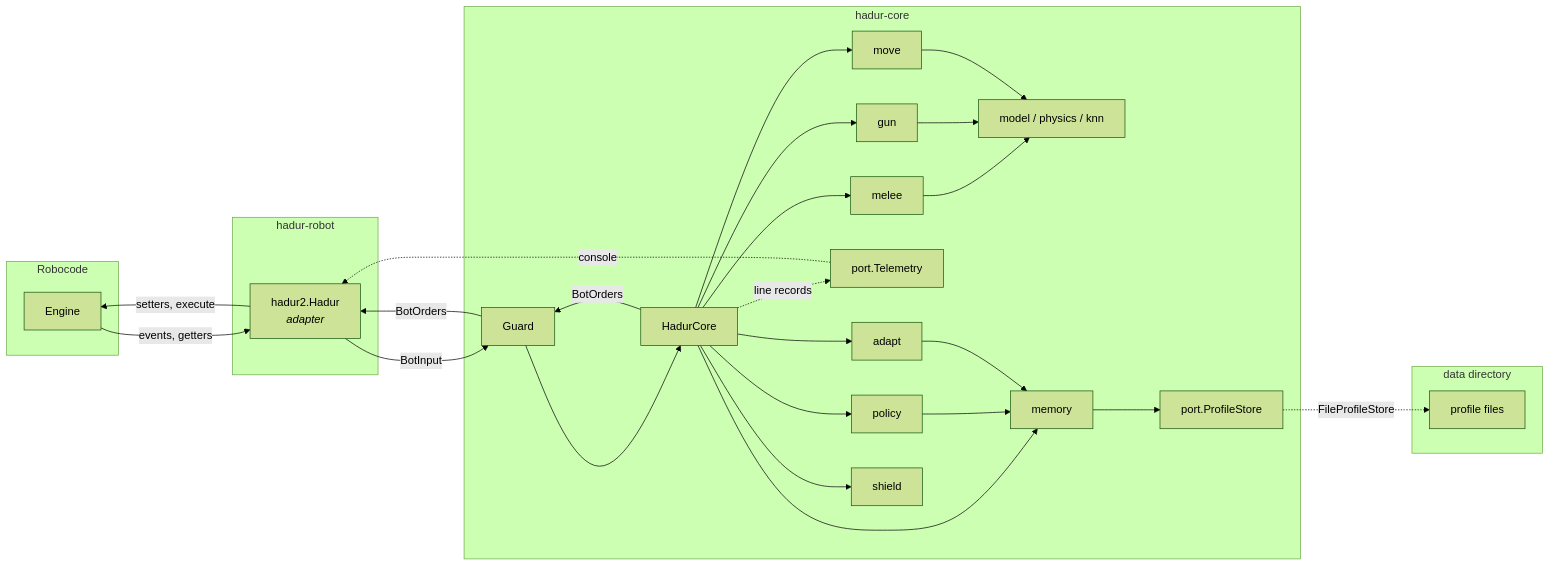
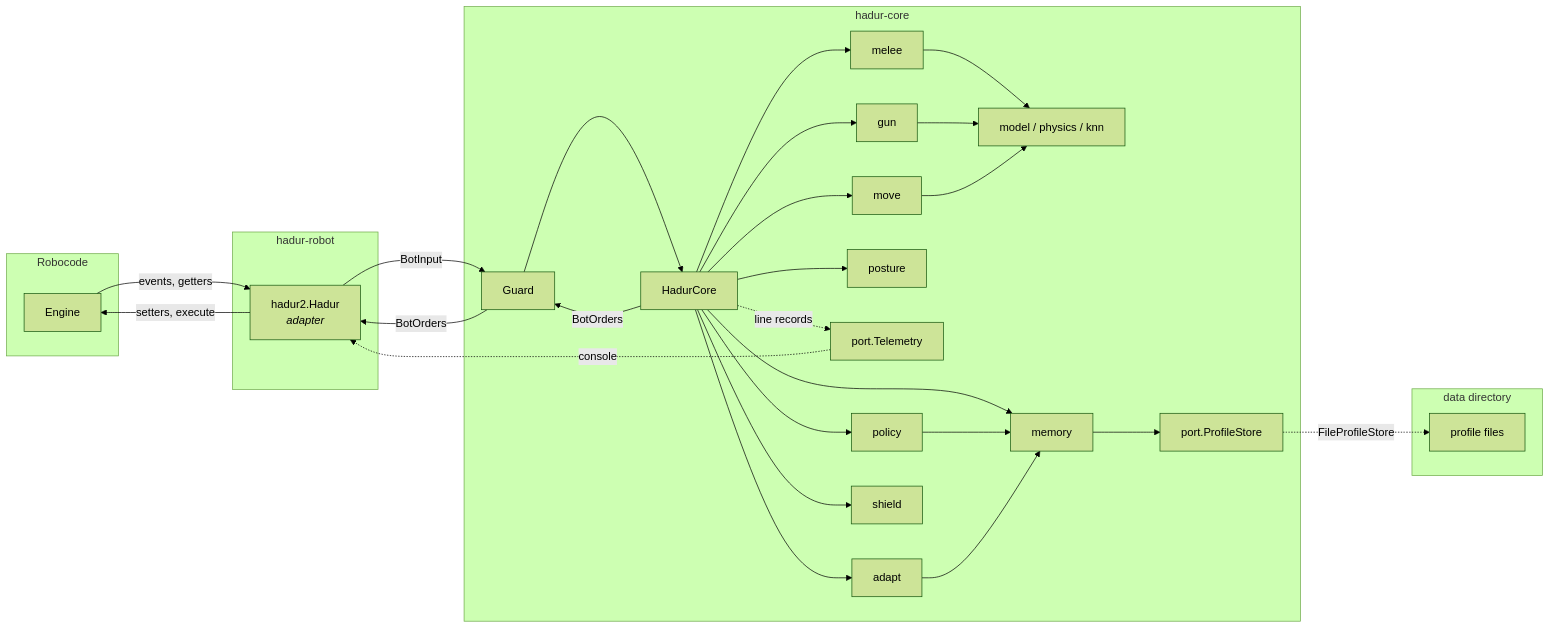
Before and after one commit to lgriffin/Hadur_Robot: the diagram in docs/architecture.md, drawn with Mermaid (forest theme). The commit also changed other lines of this file and 44 other files, not shown here.

````diff
--- a/docs/architecture.md
+++ b/docs/architecture.md
@@ -7,46 +7,48 @@
 ```mermaid
 graph LR
     subgraph Robocode
         E[Engine]
     end
     subgraph hadur-robot
         A[hadur2.Hadur<br><i>adapter</i>]
     end
     subgraph hadur-core
         G[Guard]
         C[HadurCore]
         GC[gun]
         MC[move]
         ML[melee]
+        PT[posture]
         M[model / physics / knn]
         T[port.Telemetry]
         MEM[memory]
         AD[adapt]
         PO[policy]
         SH[shield]
         PS[port.ProfileStore]
     end
     subgraph data directory
         F[profile files]
     end
     E -- events, getters --> A
     A -- BotInput --> G
     G --> C
     C --> GC & MC
+    C --> PT
     C --> ML
     ML --> M
     GC & MC --> M
     C -- BotOrders --> G
     G -- BotOrders --> A
     A -- setters, execute --> E
     C -. line records .-> T
     T -. console .-> A
     C --> MEM
     C --> AD
     C --> PO
     C --> SH
     PO --> MEM
     AD --> MEM
     MEM --> PS
     PS -. FileProfileStore .-> F
 ```
````
